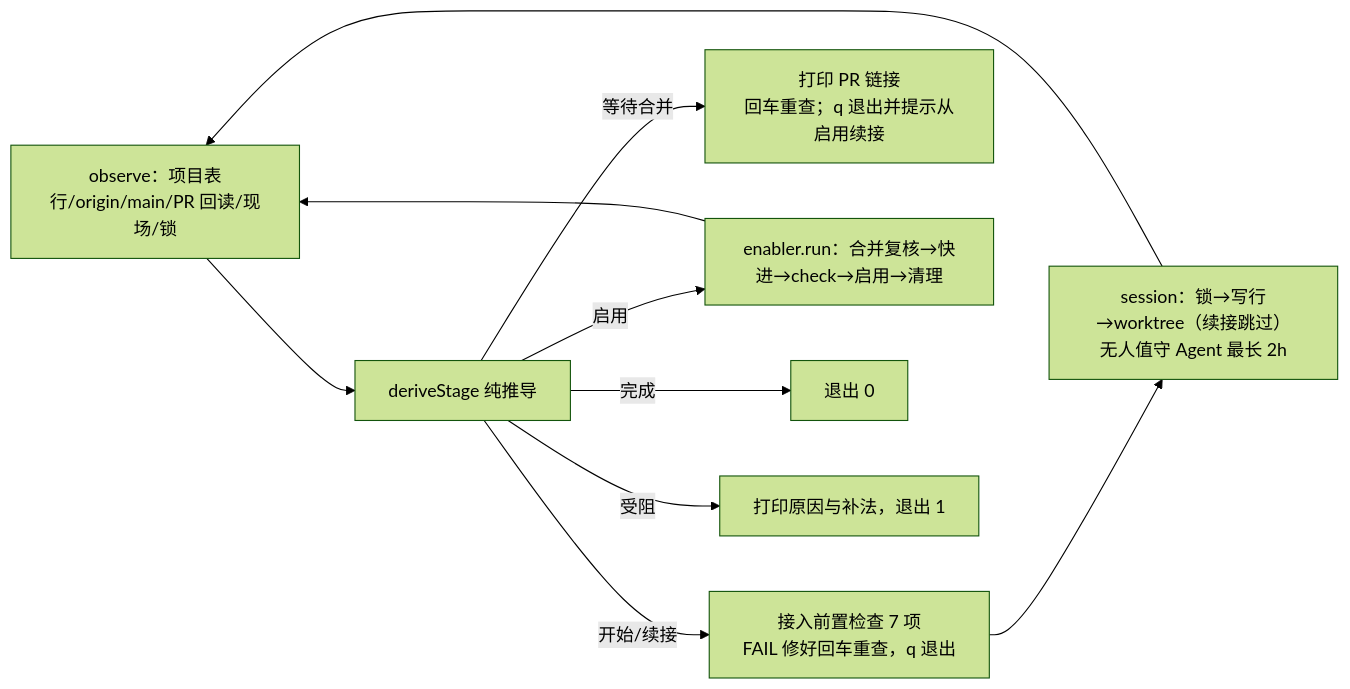
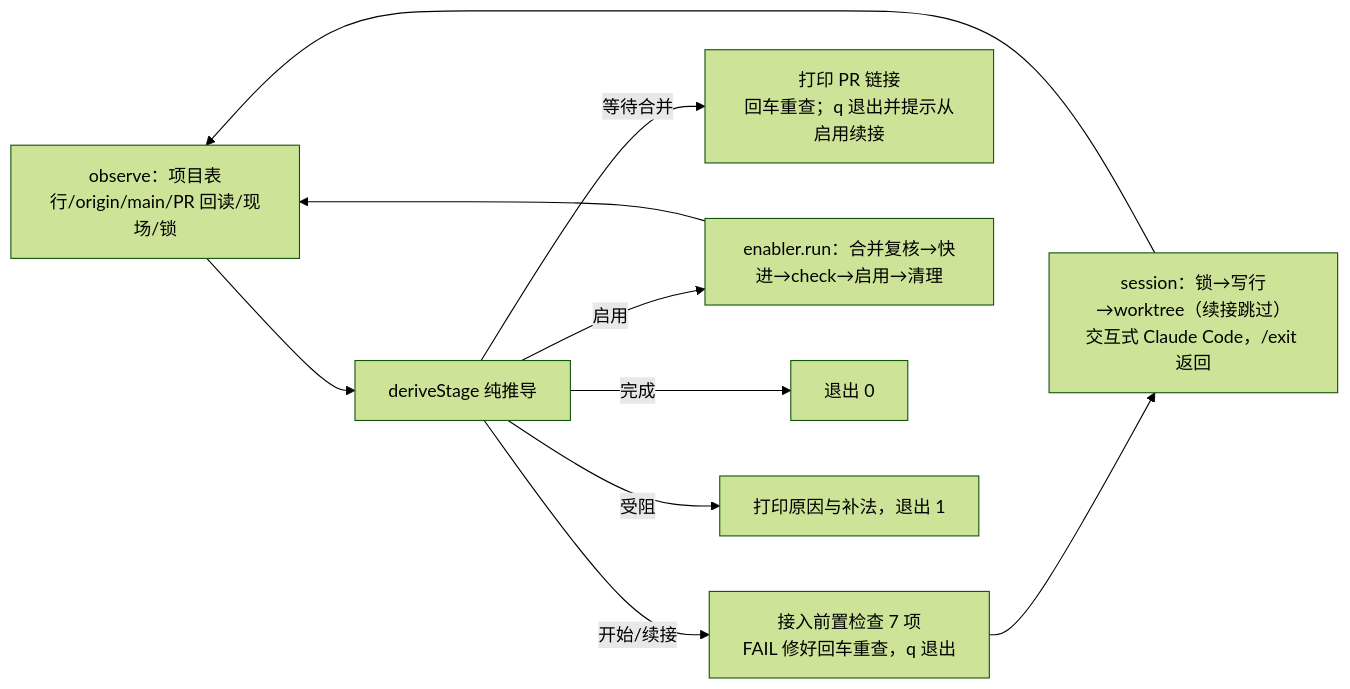
One commit to vmxmy/orca-factory changed the first of 2 diagrams in driver/README.md. Above: the diagram before and after it, drawn with Mermaid (forest theme). The commit also changed other lines of this file and 9 other files, not shown here.

First line of the commit message:
feat(driver): 接入会话改为交互式 Claude Code（OF-201） (#542)

````diff
--- a/driver/README.md
+++ b/driver/README.md
@@ -226,12 +226,12 @@
 ```mermaid
 flowchart LR
     A[observe：项目表行/origin/main/PR 回读/现场/锁] --> V[deriveStage 纯推导]
     V -- 开始/续接 --> P[接入前置检查 7 项<br/>FAIL 修好回车重查，q 退出]
-    P --> S[session：锁→写行→worktree（续接跳过）<br/>无人值守 Agent 最长 2h]
+    P --> S[session：锁→写行→worktree（续接跳过）<br/>交互式 Claude Code，/exit 返回]
     S --> A
     V -- 等待合并 --> W[打印 PR 链接<br/>回车重查；q 退出并提示从启用续接]
     V -- 启用 --> E[enabler.run：合并复核→快进→check→启用→清理]
     E --> A
     V -- 完成 --> D0[退出 0]
     V -- 受阻 --> D1[打印原因与补法，退出 1]
 ```
````
